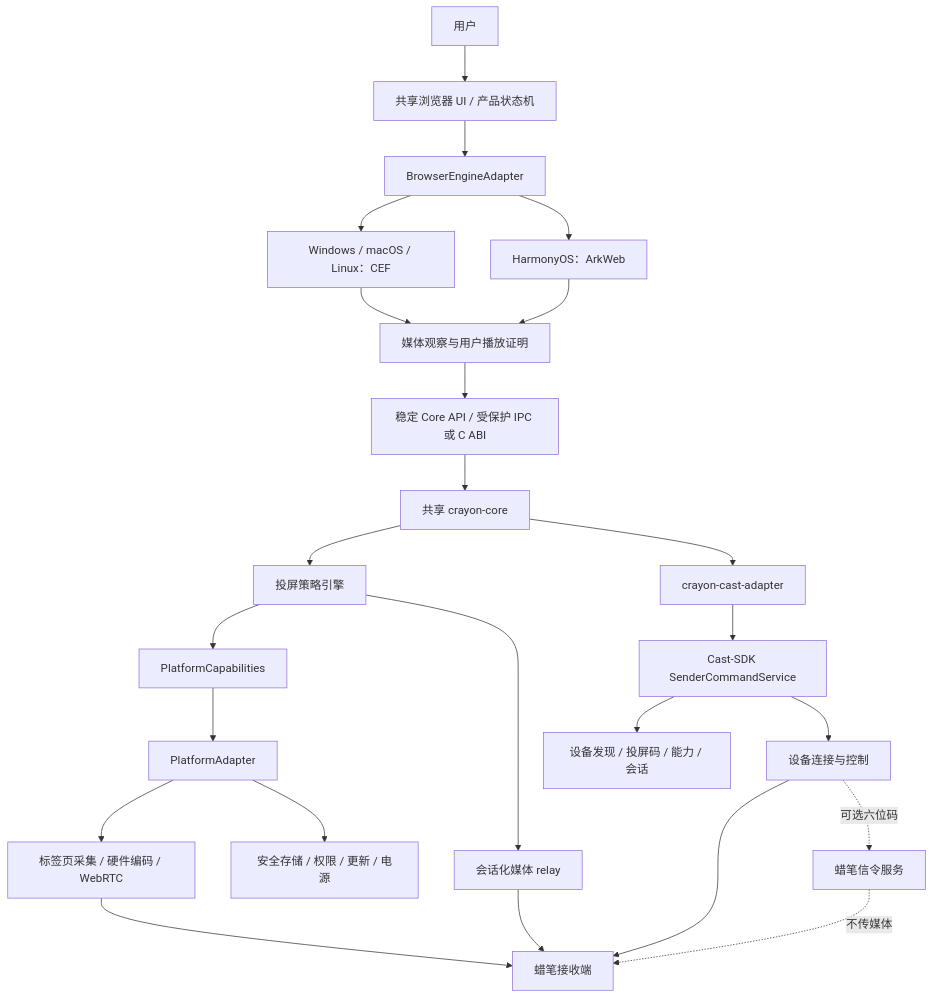
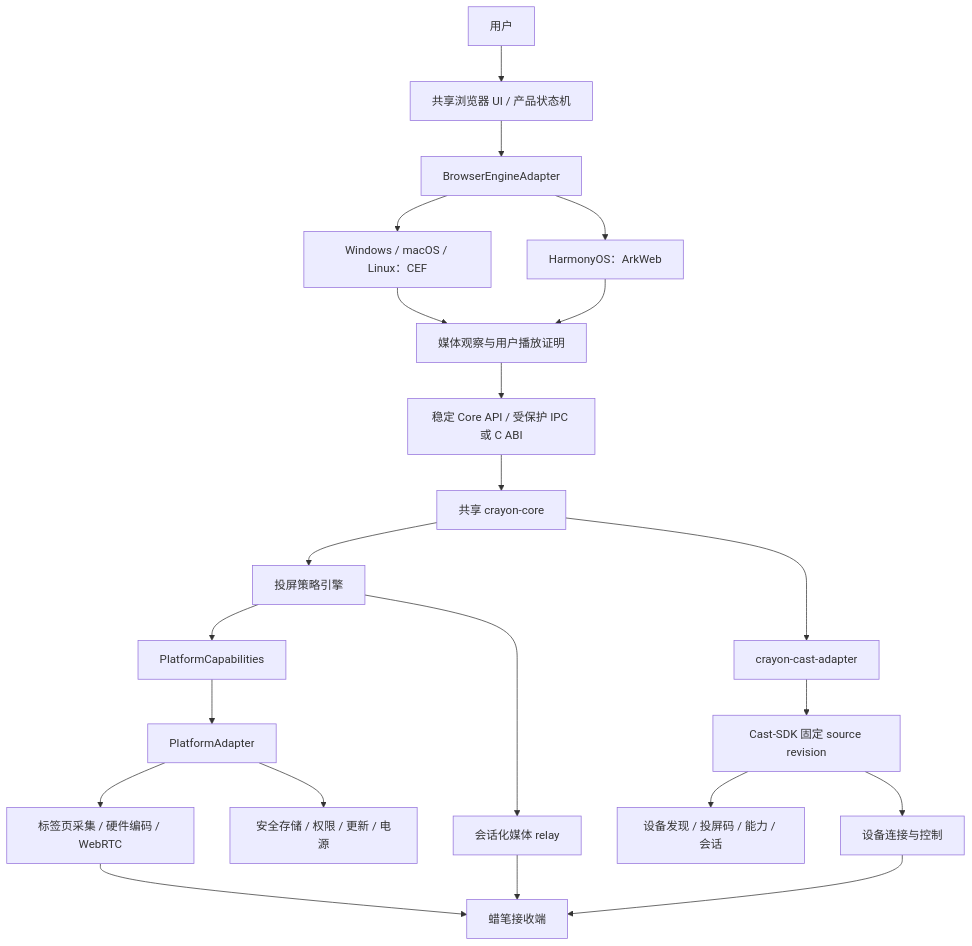
One commit to shenyingjun5/crayon-browser changed the diagram in docs/crayon-private-cast-browser-technical-design.md. Above: the diagram before and after it, drawn with Mermaid. The commit also changed other lines of this file and 16 other files, not shown here.

Commit message:
docs: 产品定位升级 v0.4——AI 投屏浏览器与 CNT/AGT Roadmap

````diff
--- a/docs/crayon-private-cast-browser-technical-design.md
+++ b/docs/crayon-private-cast-browser-technical-design.md
@@ -76,26 +78,24 @@
 ```mermaid
 flowchart TB
     U["用户"] --> UI["共享浏览器 UI / 产品状态机"]
     UI --> ENGINE["BrowserEngineAdapter"]
     ENGINE --> CEF["Windows / macOS / Linux：CEF"]
     ENGINE --> ARK["HarmonyOS：ArkWeb"]
     CEF --> OBS["媒体观察与用户播放证明"]
     ARK --> OBS
     OBS --> API["稳定 Core API / 受保护 IPC 或 C ABI"]
     API --> CORE["共享 crayon-core"]
     CORE --> POLICY["投屏策略引擎"]
     POLICY --> CAP["PlatformCapabilities"]
     CAP --> PLATFORM["PlatformAdapter"]
     PLATFORM --> MIRROR["标签页采集 / 硬件编码 / WebRTC"]
     PLATFORM --> STORE["安全存储 / 权限 / 更新 / 电源"]
     POLICY --> RELAY["会话化媒体 relay"]
     CORE --> CAST["crayon-cast-adapter"]
-    CAST --> SDK["Cast-SDK SenderCommandService"]
+    CAST --> SDK["Cast-SDK 固定 source revision"]
     SDK --> DISC["设备发现 / 投屏码 / 能力 / 会话"]
-    SDK --> PAIR["设备连接与控制"]
-    PAIR --> RCV["蜡笔接收端"]
+    SDK --> CONN["设备连接与控制"]
+    CONN --> RCV["蜡笔接收端"]
     MIRROR --> RCV
     RELAY --> RCV
-    PAIR -. "可选六位码" .-> SIGNAL["蜡笔信令服务"]
-    SIGNAL -. "不传媒体" .-> RCV
 ```
````
